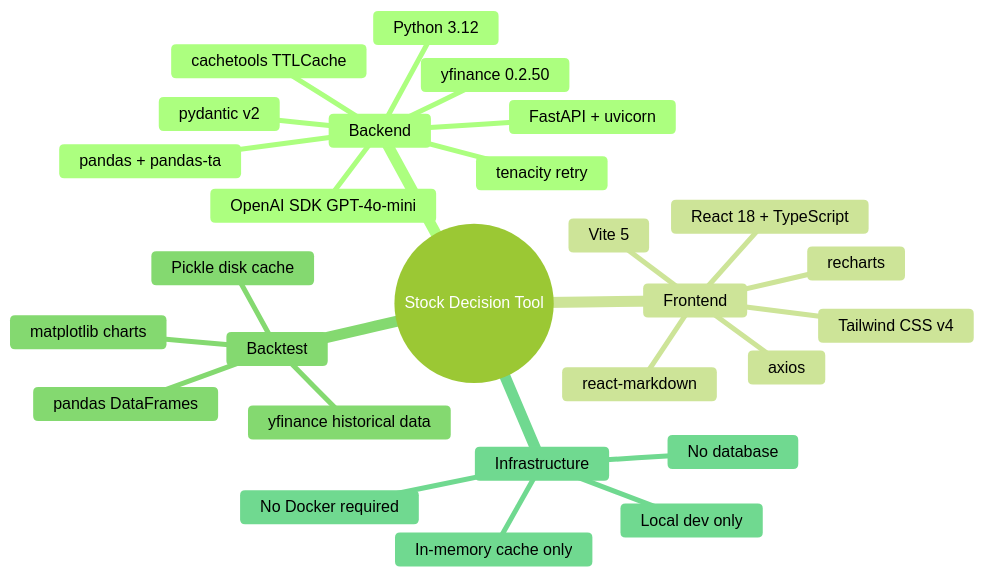
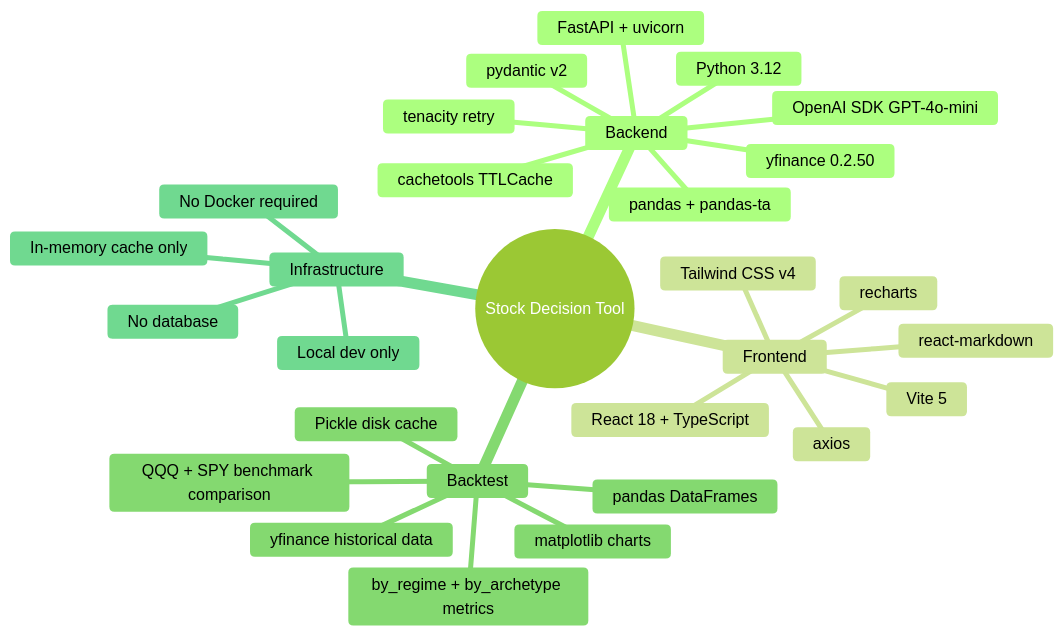
Diagram 15 of 15 in HLD.md (krutikpatel/stockBuyDecisioner1), drawn with Mermaid (forest theme) before and after one commit. The commit also changed other lines of this file and 44 other files, not shown here.

````diff
--- a/HLD.md
+++ b/HLD.md
@@ -582,30 +690,32 @@
 ```mermaid
 mindmap
   root((Stock Decision Tool))
     Backend
       Python 3.12
       FastAPI + uvicorn
       yfinance 0.2.50
       pandas + pandas-ta
       OpenAI SDK GPT-4o-mini
       cachetools TTLCache
       tenacity retry
       pydantic v2
     Frontend
       React 18 + TypeScript
       Vite 5
       Tailwind CSS v4
       recharts
       react-markdown
       axios
     Backtest
       yfinance historical data
+      QQQ + SPY benchmark comparison
+      by_regime + by_archetype metrics
       matplotlib charts
       pandas DataFrames
       Pickle disk cache
     Infrastructure
       No database
       In-memory cache only
       No Docker required
       Local dev only
 ```
````
